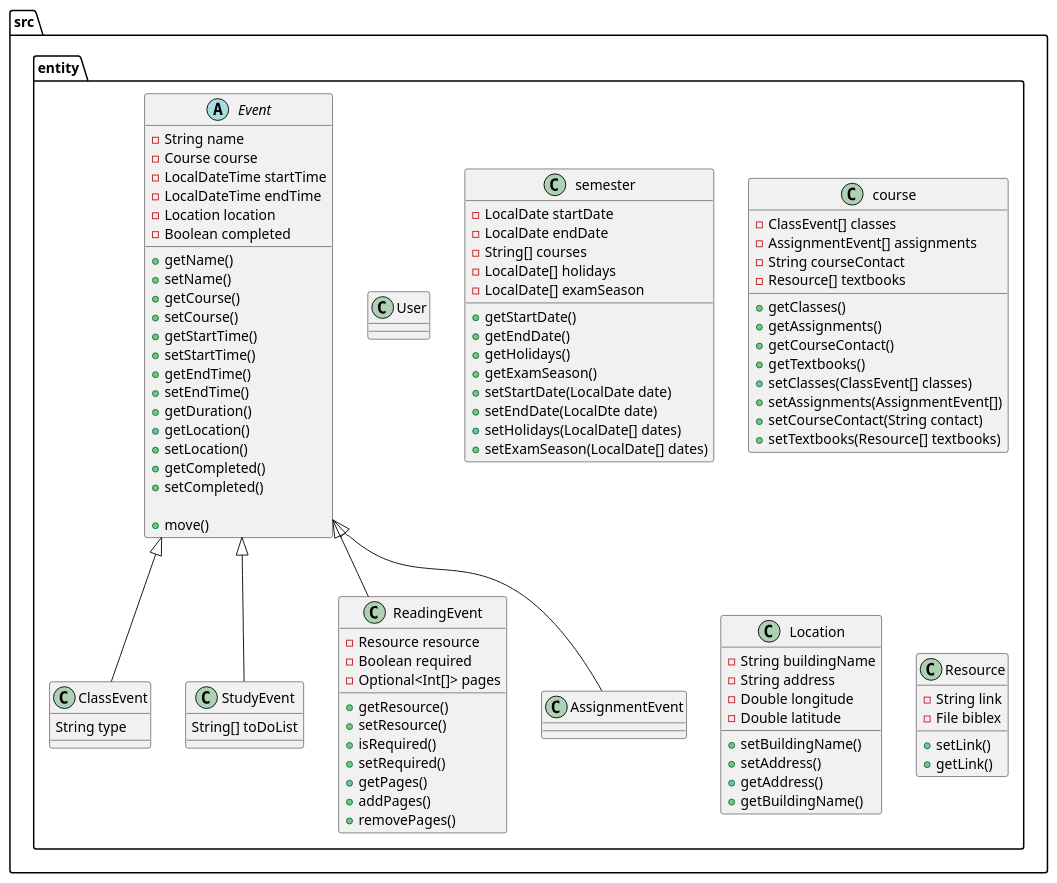
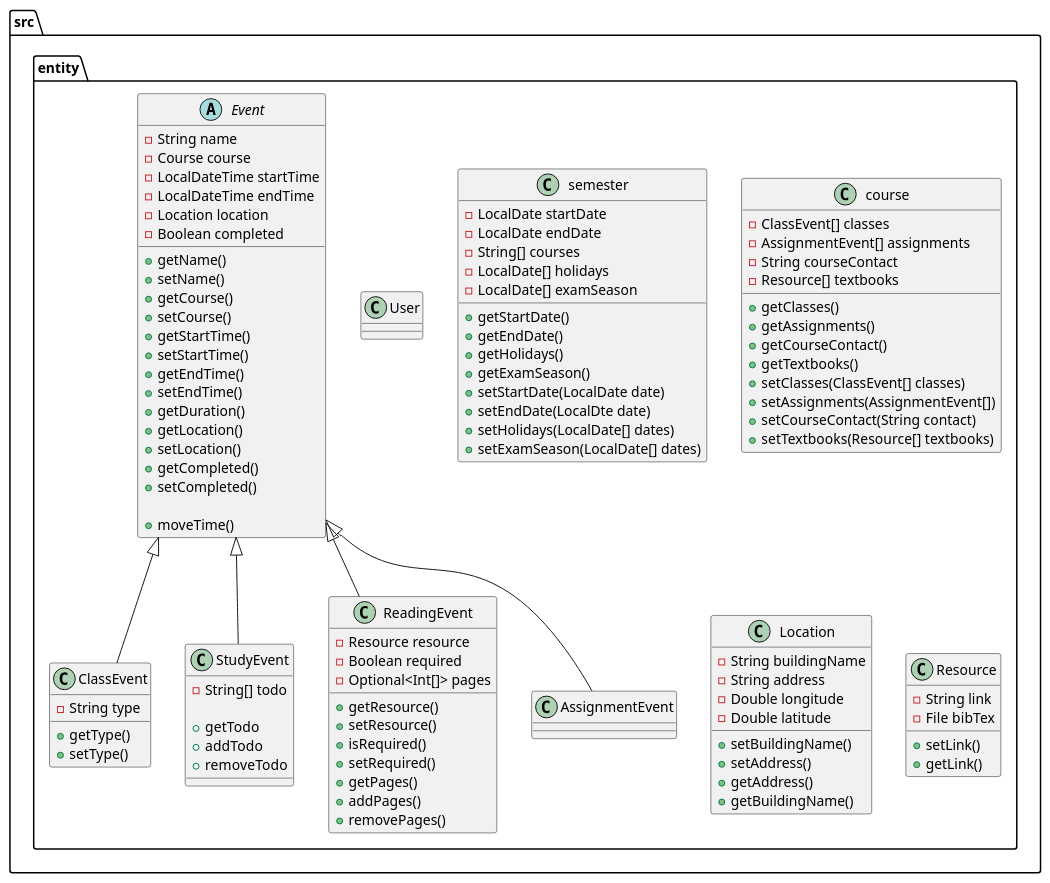
The diagram in DESIGN.puml (Rafiah-n/AcademiCal), drawn with PlantUML before and after one commit.

Commit message:
Formatted DESIGN.puml

```diff
--- a/DESIGN.puml
+++ b/DESIGN.puml
@@ -1,120 +1,127 @@
 @startuml
 
 folder src {
 
     folder entity {
 
         abstract Event {
-            -String name
-            -Course course
-            -LocalDateTime startTime
-            -LocalDateTime endTime
-            -Location location
-            -Boolean completed
+            - String name
+            - Course course
+            - LocalDateTime startTime
+            - LocalDateTime endTime
+            - Location location
+            - Boolean completed
 
-            +getName()
-            +setName()
-            +getCourse()
-            +setCourse()
-            +getStartTime()
-            +setStartTime()
-            +getEndTime()
-            +setEndTime()
-            +getDuration()
-            +getLocation()
-            +setLocation()
-            +getCompleted()
-            +setCompleted()
+            + getName()
+            + setName()
+            + getCourse()
+            + setCourse()
+            + getStartTime()
+            + setStartTime()
+            + getEndTime()
+            + setEndTime()
+            + getDuration()
+            + getLocation()
+            + setLocation()
+            + getCompleted()
+            + setCompleted()
 
-            +move()  /' Moves start and end times in unison '/
+            + moveTime()  /' Moves start and end times in unison '/
         }
 
         class ClassEvent extends Event {
-            String type
+            - String type
+
+            + getType()
+            + setType()
         }
 
         class StudyEvent extends Event {
-            String[] toDoList
+            - String[] todo
+
+            + getTodo
+            + addTodo
+            + removeTodo
         }
 
         class ReadingEvent extends Event {
-            -Resource resource
-            -Boolean required
-            -Optional<Int[]> pages
+            - Resource resource
+            - Boolean required
+            - Optional<Int[]> pages
 
-            +getResource()
-            +setResource()
-            +isRequired()
-            +setRequired()
-            +getPages()
-            +addPages()
-            +removePages()
+            + getResource()
+            + setResource()
+            + isRequired()
+            + setRequired()
+            + getPages()
+            + addPages()
+            + removePages()
         }
 
         class AssignmentEvent extends Event {
 
         }
 
         class User {
             ' Unimplemented for now
         }
 
         class semester{
-             - LocalDate startDate
-             - LocalDate endDate
-             - String[] courses
-             - LocalDate[] holidays
-             - LocalDate[] examSeason
+            - LocalDate startDate
+            - LocalDate endDate
+            - String[] courses
+            - LocalDate[] holidays
+            - LocalDate[] examSeason
 
-             + getStartDate()
-             + getEndDate()
-             + getHolidays()
-             + getExamSeason()
-             + setStartDate(LocalDate date)
-             + setEndDate(LocalDte date)
-             + setHolidays(LocalDate[] dates)
-             + setExamSeason(LocalDate[] dates)
+            + getStartDate()
+            + getEndDate()
+            + getHolidays()
+            + getExamSeason()
+            + setStartDate(LocalDate date)
+            + setEndDate(LocalDte date)
+            + setHolidays(LocalDate[] dates)
+            + setExamSeason(LocalDate[] dates)
         }
 
         class course {
             - ClassEvent[] classes
             - AssignmentEvent[] assignments
             - String courseContact
             - Resource[] textbooks
 
             + getClasses()
             + getAssignments()
             + getCourseContact()
             + getTextbooks()
             + setClasses(ClassEvent[] classes)
             + setAssignments(AssignmentEvent[])
             + setCourseContact(String contact)
             + setTextbooks(Resource[] textbooks)
         }
 
         class Location{
-            -String buildingName
-            -String address
-            -Double longitude
-            -Double latitude
+            - String buildingName
+            - String address
+            - Double longitude
+            - Double latitude
 
             + setBuildingName()
             + setAddress()
             + getAddress()
             + getBuildingName()
         }
 
         class Resource{
-            -String link
-            -File biblex
+            - String link
+            - File bibTex
 
             + setLink()
             + getLink()
         }
 
     }  /' folder entity '/
 
 
 }  /' folder src '/
 
 @enduml
```
